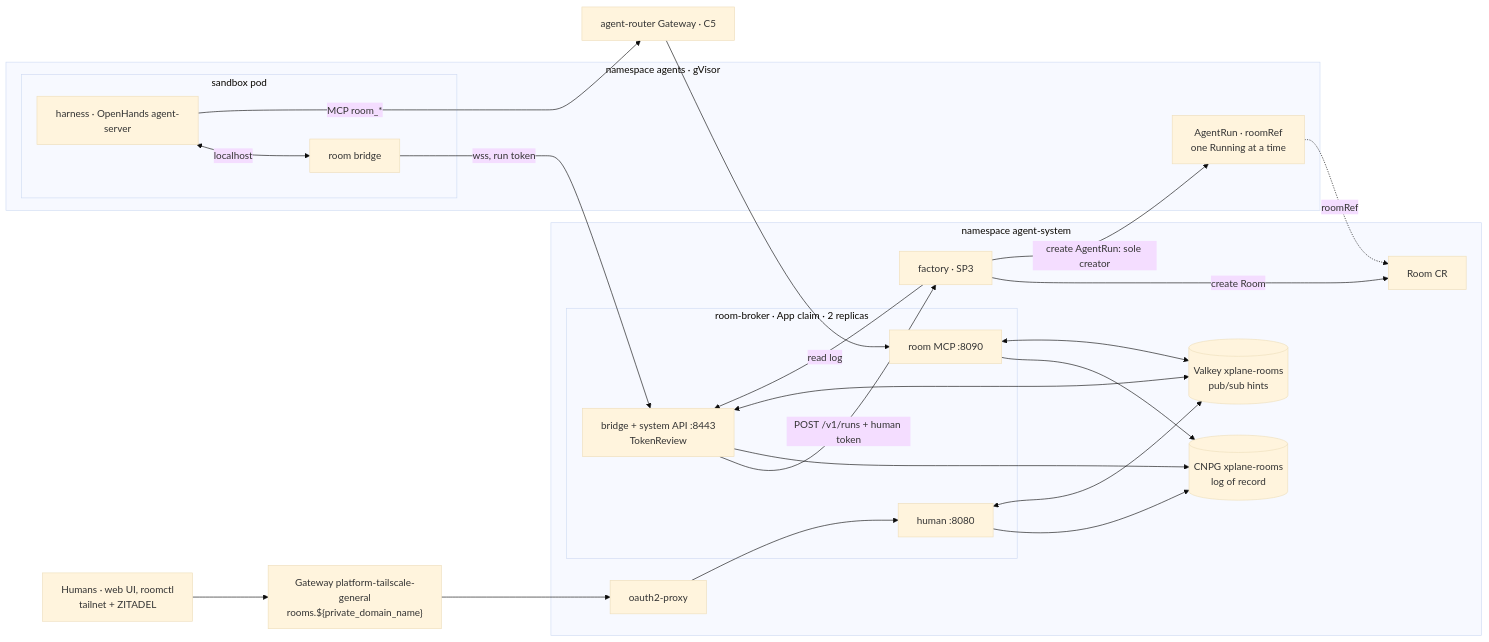
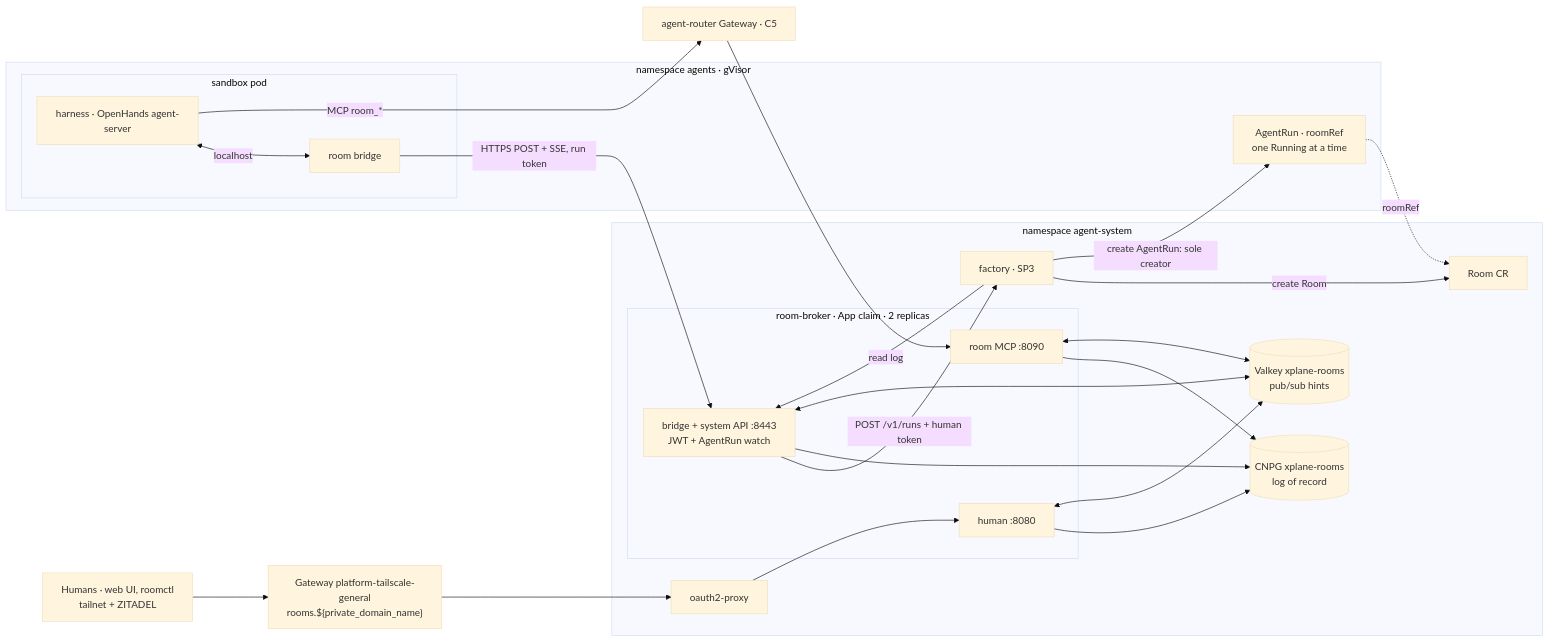
Before and after one commit to Smana/cloud-native-ref: the first of 6 diagrams in docs/superpowers/specs/2026-09-23-agent-collaboration-rooms-design.md, drawn with Mermaid (base theme). The commit also changed other lines of this file and 6 other files, not shown here.

First line of the commit message:
docs(superpowers): programme r5 — ai-gateway opt-in, issuer-agnostic identity, HTTPS bridge

````diff
--- a/docs/superpowers/specs/2026-09-23-agent-collaboration-rooms-design.md
+++ b/docs/superpowers/specs/2026-09-23-agent-collaboration-rooms-design.md
@@ -42,34 +43,34 @@
 ```mermaid
 flowchart LR
   HUM["Humans · web UI, roomctl<br/>tailnet + ZITADEL"]
   GW["Gateway platform-tailscale-general<br/>rooms.${private_domain_name}"]
   subgraph SYS["namespace agent-system"]
     OP[oauth2-proxy]
     subgraph BR["room-broker · App claim · 2 replicas"]
       HL[human :8080]
-      BL[bridge + system API :8443<br/>TokenReview]
+      BL[bridge + system API :8443<br/>JWT + AgentRun watch]
       ML[room MCP :8090]
     end
     PG[(CNPG xplane-rooms<br/>log of record)]
     VK[(Valkey xplane-rooms<br/>pub/sub hints)]
     FAC[factory · SP3]
     ROOM[Room CR]
   end
   subgraph RUNS["namespace agents · gVisor"]
     AR[AgentRun · roomRef<br/>one Running at a time]
     subgraph POD["sandbox pod"]
       H[harness · OpenHands agent-server] <-->|localhost| B[room bridge]
     end
   end
   AGR[agent-router Gateway · C5]
   HUM --> GW --> OP --> HL
-  B -->|wss, run token| BL
+  B -->|HTTPS POST + SSE, run token| BL
   H -->|MCP room_*| AGR --> ML
   FAC -->|create Room| ROOM
   FAC -->|create AgentRun: sole creator| AR
   AR -.->|roomRef| ROOM
   FAC -->|read log| BL
   BL -->|POST /v1/runs + human token| FAC
   HL & BL & ML --> PG
   HL & BL & ML <--> VK
 ```
````
